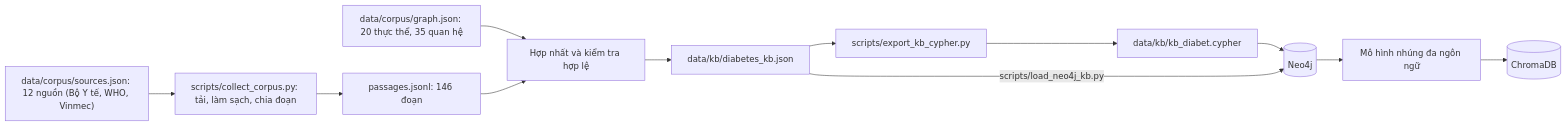
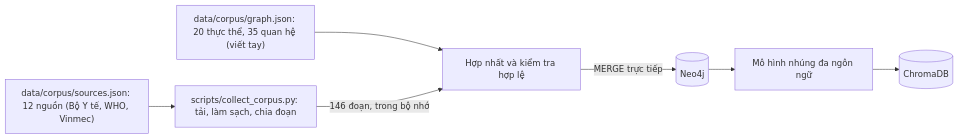
Before and after one commit to halobiron/Diabetes_Agent: the second of 2 diagrams in docs/architecture.md, drawn with Mermaid. The commit also changed 3 other files, not shown here.

Commit message:
feat: update knowledge ingestion pipeline to load directly into Neo4j without intermediate JSON; revise documentation accordingly

````diff
--- a/docs/architecture.md
+++ b/docs/architecture.md
@@ -86,13 +86,8 @@
 ```mermaid
 flowchart LR
     SRC["data/corpus/sources.json: 12 nguồn (Bộ Y tế, WHO, Vinmec)"] --> COL["scripts/collect_corpus.py: tải, làm sạch, chia đoạn"]
-    COL --> PAS["passages.jsonl: 146 đoạn"]
-    GRAPH["data/corpus/graph.json: 20 thực thể, 35 quan hệ"] --> MERGE
-    PAS --> MERGE["Hợp nhất và kiểm tra hợp lệ"]
-    MERGE --> KBJ["data/kb/diabetes_kb.json"]
-    KBJ --> EXPORT["scripts/export_kb_cypher.py"]
-    EXPORT --> CY["data/kb/kb_diabet.cypher"]
-    CY --> NEO[("Neo4j")]
-    KBJ -->|"scripts/load_neo4j_kb.py"| NEO
+    GRAPH["data/corpus/graph.json: 20 thực thể, 35 quan hệ (viết tay)"] --> MERGE
+    COL -->|"146 đoạn, trong bộ nhớ"| MERGE["Hợp nhất và kiểm tra hợp lệ"]
+    MERGE -->|"MERGE trực tiếp"| NEO[("Neo4j")]
     NEO --> EMB["Mô hình nhúng đa ngôn ngữ"] --> CHR[("ChromaDB")]
 ```
````
